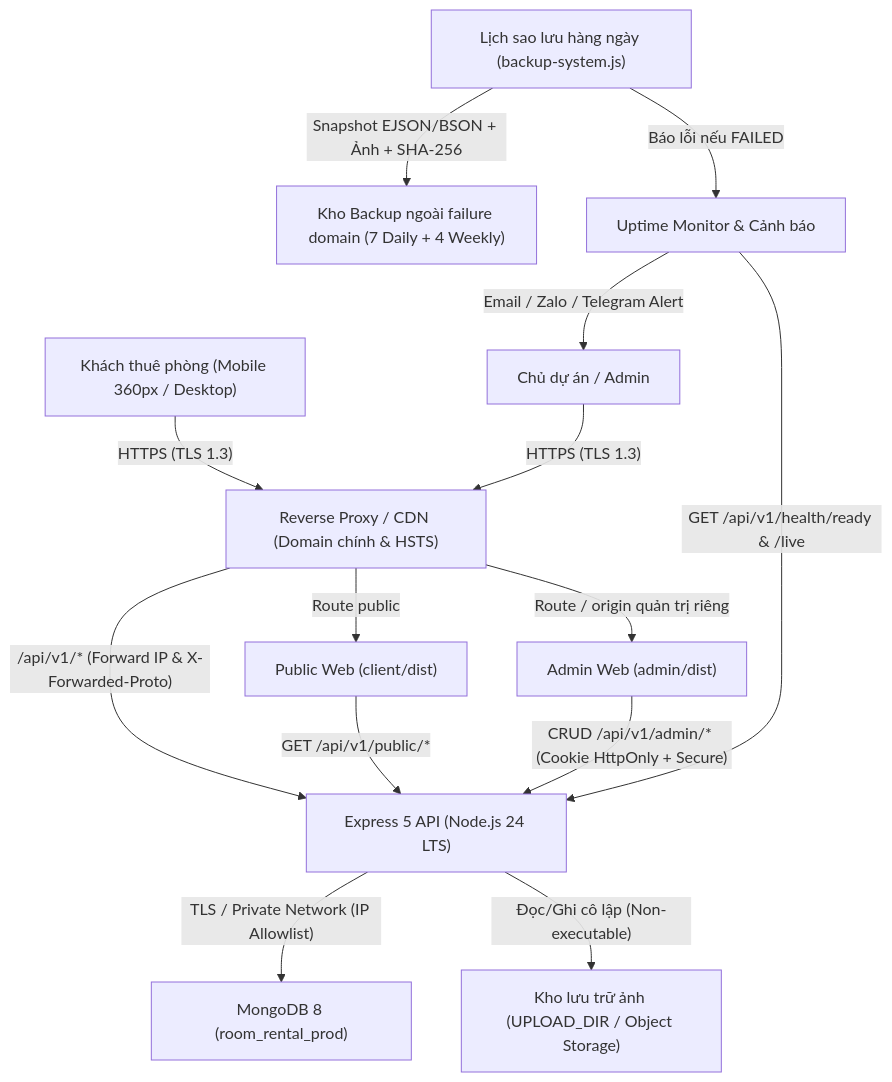
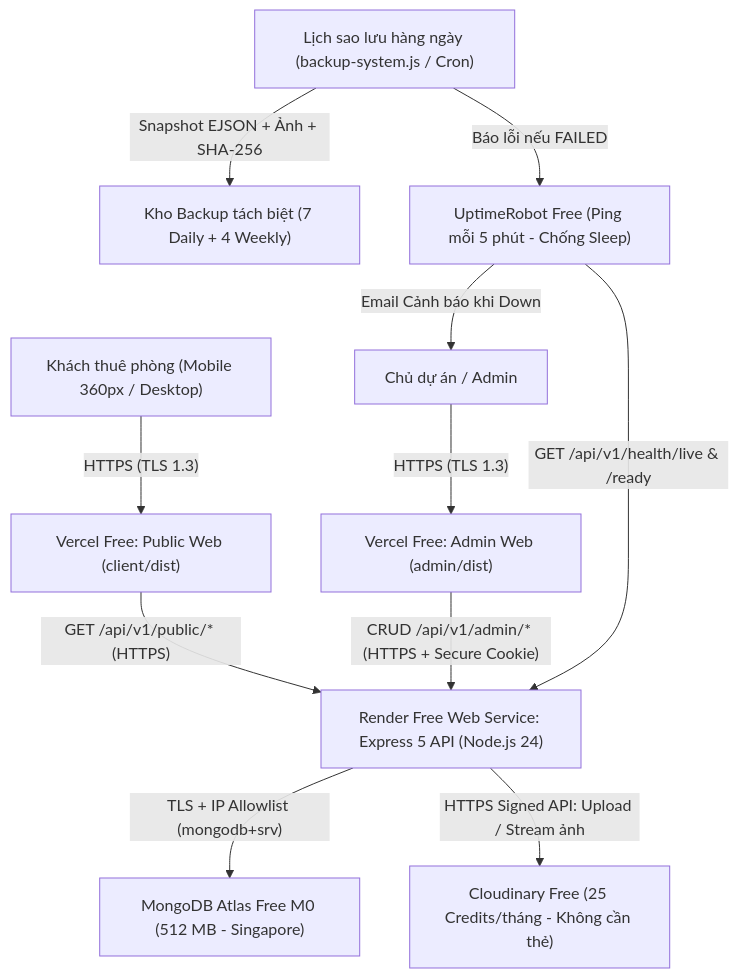
The first of 2 diagrams in Tài liệu triển khai/Sprint_4_Nghiem_Thu_Trien_Khai_Production_Go_Live.md (toanteng11/He-thong-quan-ly-phong-tro-Binh-Thanh-TPHCM), drawn with Mermaid before and after one commit. The commit also changed other lines of this file and 25 other files, not shown here.

Commit message:
feat(sprint-4): implement production hardening, cloudinary storage, backup/restore scripts and 0d cloud deploy config

````diff
--- a/Tài liệu triển khai/Sprint_4_Nghiem_Thu_Trien_Khai_Production_Go_Live.md
+++ b/Tài liệu triển khai/Sprint_4_Nghiem_Thu_Trien_Khai_Production_Go_Live.md
@@ -103,20 +104,16 @@
 ```mermaid
 flowchart TD
-    Visitor["Khách thuê phòng (Mobile 360px / Desktop)"] -->|"HTTPS (TLS 1.3)"| Proxy["Reverse Proxy / CDN (Domain chính & HSTS)"]
-    Owner["Chủ dự án / Admin"] -->|"HTTPS (TLS 1.3)"| Proxy
+    Visitor["Khách thuê phòng (Mobile 360px / Desktop)"] -->|"HTTPS (TLS 1.3)"| VercelClient["Vercel Free: Public Web (client/dist)"]
+    Owner["Chủ dự án / Admin"] -->|"HTTPS (TLS 1.3)"| VercelAdmin["Vercel Free: Admin Web (admin/dist)"]
 
-    Proxy -->|"Route public"| ClientApp["Public Web (client/dist)"]
-    Proxy -->|"Route / origin quản trị riêng"| AdminApp["Admin Web (admin/dist)"]
-    Proxy -->|"/api/v1/* (Forward IP & X-Forwarded-Proto)"| ApiServer["Express 5 API (Node.js 24 LTS)"]
+    VercelClient -->|"GET /api/v1/public/* (HTTPS)"| RenderApi["Render Free Web Service: Express 5 API (Node.js 24)"]
+    VercelAdmin -->|"CRUD /api/v1/admin/* (HTTPS + Secure Cookie)"| RenderApi
 
-    ClientApp -->|"GET /api/v1/public/*"| ApiServer
-    AdminApp -->|"CRUD /api/v1/admin/* (Cookie HttpOnly + Secure)"| ApiServer
+    RenderApi -->|"TLS + IP Allowlist (mongodb+srv)"| MongoAtlas["MongoDB Atlas Free M0 (512 MB - Singapore)"]
+    RenderApi -->|"HTTPS Signed API: Upload / Stream ảnh"| CloudinaryFree["Cloudinary Free (25 Credits/tháng - Không cần thẻ)"]
 
-    ApiServer -->|"TLS / Private Network (IP Allowlist)"| MongoProd["MongoDB 8 (room_rental_prod)"]
-    ApiServer -->|"Đọc/Ghi cô lập (Non-executable)"| ImageStore["Kho lưu trữ ảnh (UPLOAD_DIR / Object Storage)"]
-
-    BackupJob["Lịch sao lưu hàng ngày (backup-system.js)"] -->|"Snapshot EJSON/BSON + Ảnh + SHA-256"| OffsiteBackup["Kho Backup ngoài failure domain (7 Daily + 4 Weekly)"]
-    Monitor["Uptime Monitor & Cảnh báo"] -->|"GET /api/v1/health/ready & /live"| ApiServer
-    Monitor -->|"Email / Zalo / Telegram Alert"| Owner
-    BackupJob -->|"Báo lỗi nếu FAILED"| Monitor
+    BackupJob["Lịch sao lưu hàng ngày (backup-system.js / Cron)"] -->|"Snapshot EJSON + Ảnh + SHA-256"| OffsiteBackup["Kho Backup tách biệt (7 Daily + 4 Weekly)"]
+    Uptime["UptimeRobot Free (Ping mỗi 5 phút - Chống Sleep)"] -->|"GET /api/v1/health/live & /ready"| RenderApi
+    Uptime -->|"Email Cảnh báo khi Down"| Owner
+    BackupJob -->|"Báo lỗi nếu FAILED"| Uptime
 ```
````
